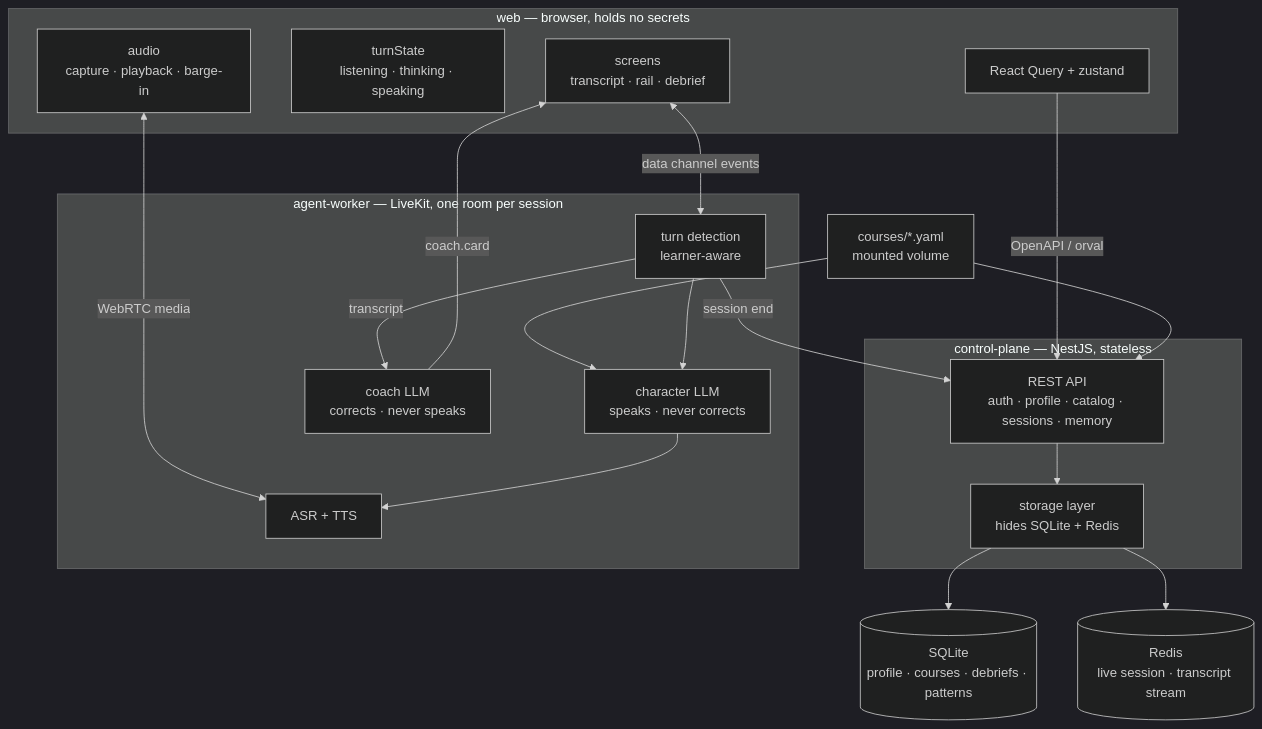
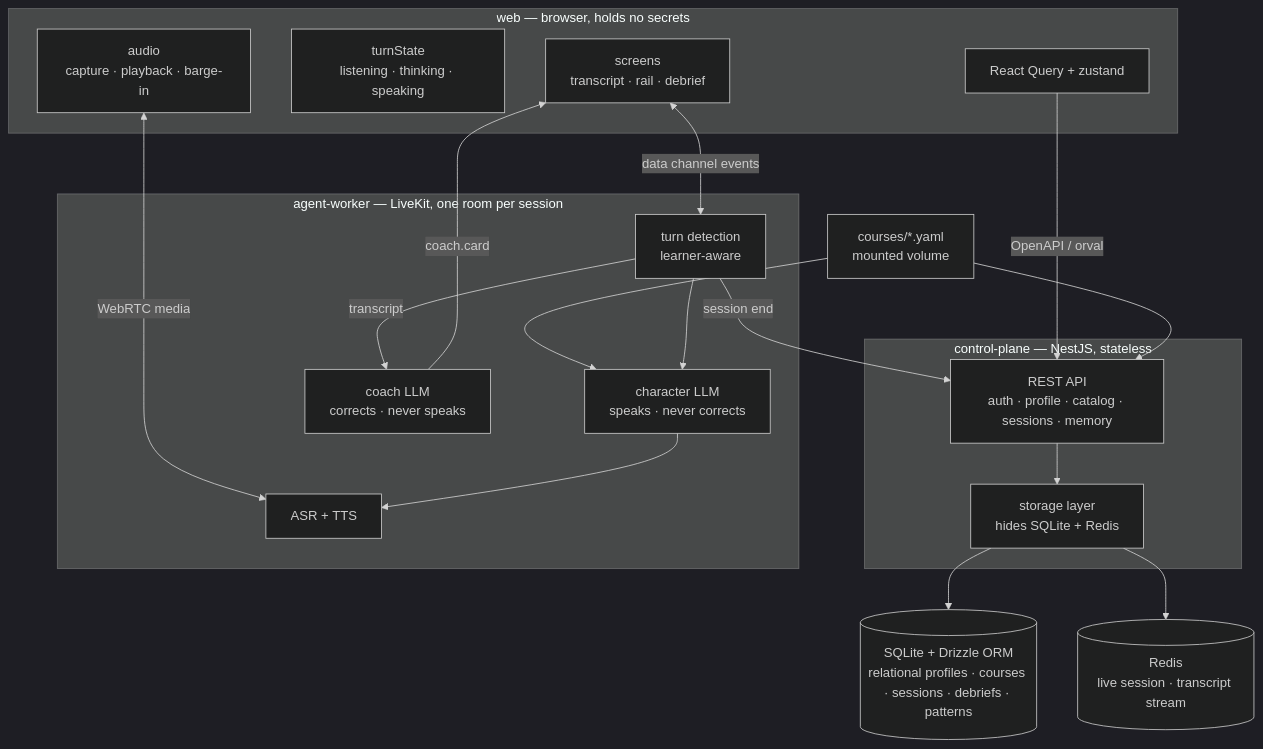
One commit to stkevintan/speak-demo changed the diagram in docs/ARCHITECTURE.md. Above: the diagram before and after it, drawn with Mermaid (dark theme). The commit also changed other lines of this file and 18 other files, not shown here.

````diff
--- a/docs/ARCHITECTURE.md
+++ b/docs/ARCHITECTURE.md
@@ -43,39 +43,39 @@
 ```mermaid
 flowchart TB
     subgraph web["web — browser, holds no secrets"]
         UI["screens<br/>transcript · rail · debrief"]
         FSM["turnState<br/>listening · thinking · speaking"]
         AUD["audio<br/>capture · playback · barge-in"]
         RQ["React Query + zustand"]
     end
 
     subgraph cp["control-plane — NestJS, stateless"]
         API["REST API<br/>auth · profile · catalog · sessions · memory"]
         STORE["storage layer<br/>hides SQLite + Redis"]
     end
 
     subgraph aw["agent-worker — LiveKit, one room per session"]
         TURN["turn detection<br/>learner-aware"]
         CHAR["character LLM<br/>speaks · never corrects"]
         COACH["coach LLM<br/>corrects · never speaks"]
         VOICE["ASR + TTS"]
     end
 
-    SQL[("SQLite<br/>profile · courses · debriefs · patterns")]
+    SQL[("SQLite + Drizzle ORM<br/>relational profiles · courses · sessions · debriefs · patterns")]
     RED[("Redis<br/>live session · transcript stream")]
     COURSES["courses/*.yaml<br/>mounted volume"]
 
     RQ -->|"OpenAPI / orval"| API
     API --> STORE
     STORE --> SQL
     STORE --> RED
     AUD <-->|"WebRTC media"| VOICE
     UI <-->|"data channel events"| TURN
     COURSES --> API
     COURSES --> CHAR
     TURN --> CHAR
     TURN -->|"transcript"| COACH
     COACH -->|"coach.card"| UI
     CHAR --> VOICE
     TURN -->|"session end"| API
 ```
````
